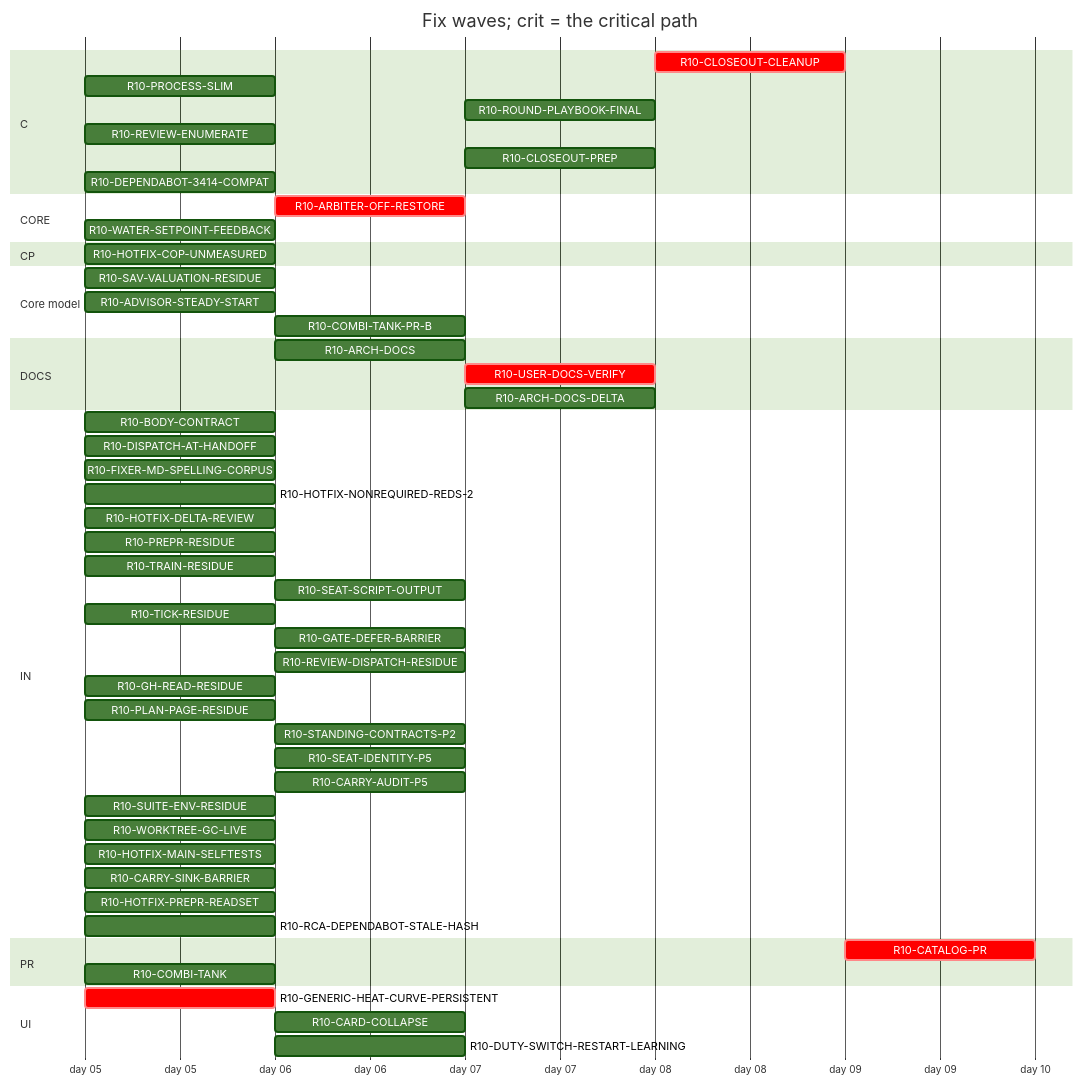
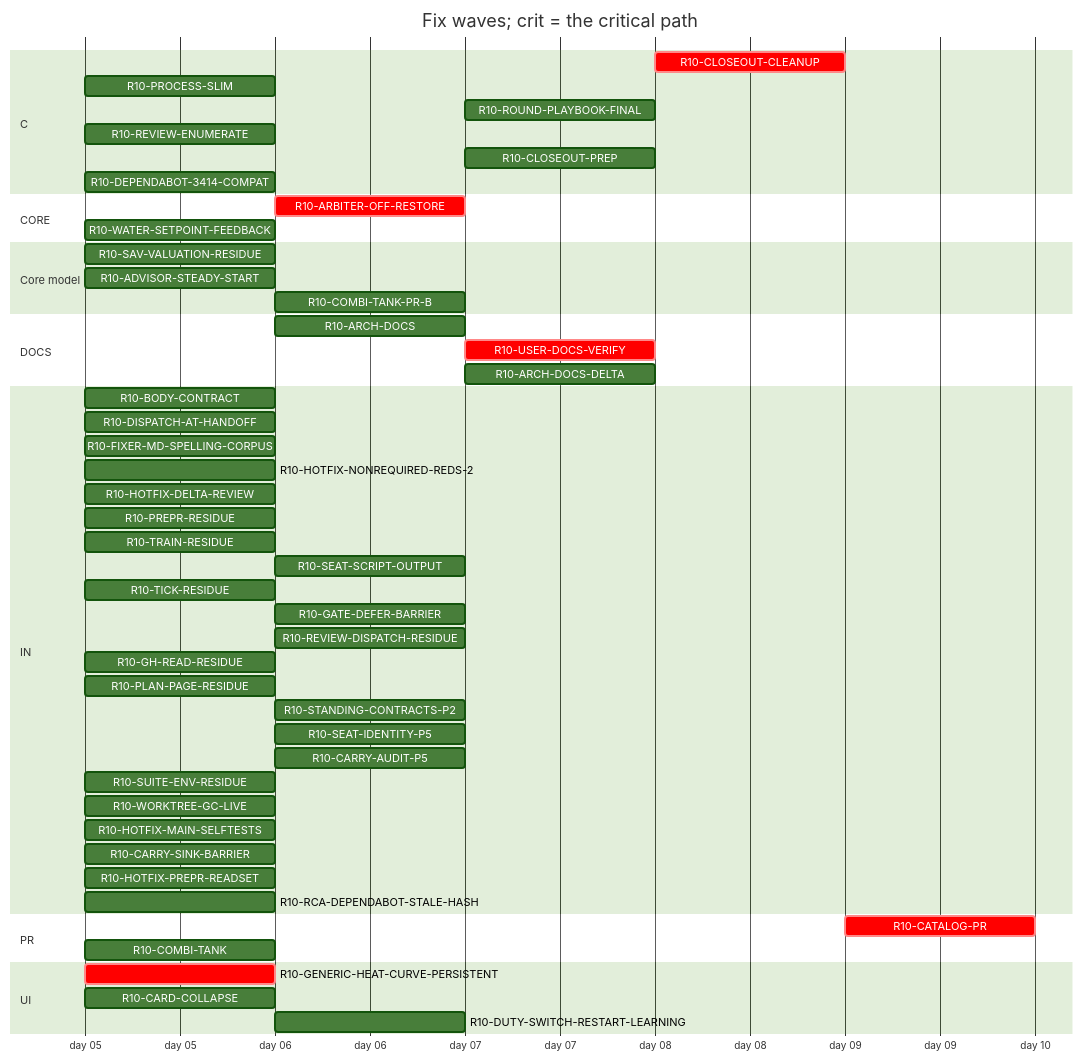
The diagram in handoff/round10/state/PLAN-TABLE.md (tvofi/heatpump_optimizer), drawn with Mermaid (forest theme) before and after one commit. The commit also changed other lines of this file and 3 other files, not shown here.

Commit message:
state: FLOW-BOARD.md, NEXT-SESSION-PROMPT.md, PLAN-TABLE.md, RESUME-CURRENT.md regenerated (state_docs.py)

````diff
--- a/handoff/round10/state/PLAN-TABLE.md
+++ b/handoff/round10/state/PLAN-TABLE.md
@@ -21,56 +20,54 @@
 ```mermaid
 gantt
   title Fix waves; crit = the critical path
   dateFormat YYYY-MM-DD
   axisFormat day %d
   section C
     R10-CLOSEOUT-CLEANUP :crit, r10CLOSEOUTCLEANUP, after r10ARCHDOCS r10USERDOCSVERIFY r10ROUNDPLAYBOOKFINAL r10CLOSEOUTPREP r10ARCHDOCSDELTA, 1d
     R10-PROCESS-SLIM :r10PROCESSSLIM, 2026-01-05, 1d
     R10-ROUND-PLAYBOOK-FINAL :r10ROUNDPLAYBOOKFINAL, after r10DISPATCHATHANDOFF r10BODYCONTRACT r10PROCESSSLIM r10FIXERMDSPELLINGCORPUS r10PREPRRESIDUE r10SEATSCRIPTOUTPUT r10REVIEWDISPATCHRESIDUE r10CARRYAUDITP5 r10TICKRESIDUE r10SEATIDENTITYP5 r10STANDINGCONTRACTSP2 r10PLANPAGERESIDUE r10TRAINRESIDUE r10GHREADRESIDUE r10SUITEENVRESIDUE r10GATEDEFERBARRIER r10WORKTREEGCLIVE, 1d
     R10-REVIEW-ENUMERATE :r10REVIEWENUMERATE, 2026-01-05, 1d
     R10-CLOSEOUT-PREP :r10CLOSEOUTPREP, after r10ARCHDOCS r10DISPATCHATHANDOFF r10BODYCONTRACT r10PROCESSSLIM r10FIXERMDSPELLINGCORPUS r10PREPRRESIDUE r10SEATSCRIPTOUTPUT r10REVIEWDISPATCHRESIDUE r10CARRYAUDITP5 r10TICKRESIDUE r10SEATIDENTITYP5 r10STANDINGCONTRACTSP2 r10PLANPAGERESIDUE r10TRAINRESIDUE r10GHREADRESIDUE r10SUITEENVRESIDUE r10GATEDEFERBARRIER r10WORKTREEGCLIVE, 1d
     R10-DEPENDABOT-3414-COMPAT :r10DEPENDABOT3414COMPAT, 2026-01-05, 1d
   section CORE
     R10-ARBITER-OFF-RESTORE :crit, r10ARBITEROFFRESTORE, after r10GENERICHEATCURVEPERSISTENT r10WATERSETPOINTFEEDBACK, 1d
     R10-WATER-SETPOINT-FEEDBACK :r10WATERSETPOINTFEEDBACK, 2026-01-05, 1d
-  section CP
-    R10-HOTFIX-COP-UNMEASURED :r10HOTFIXCOPUNMEASURED, 2026-01-05, 1d
   section Core model
     R10-SAV-VALUATION-RESIDUE :r10SAVVALUATIONRESIDUE, 2026-01-05, 1d
     R10-ADVISOR-STEADY-START :r10ADVISORSTEADYSTART, 2026-01-05, 1d
     R10-COMBI-TANK-PR-B :r10COMBITANKPRB, after r10COMBITANK, 1d
   section DOCS
     R10-ARCH-DOCS :r10ARCHDOCS, after r10DISPATCHATHANDOFF r10BODYCONTRACT r10PROCESSSLIM, 1d
-    R10-USER-DOCS-VERIFY :crit, r10USERDOCSVERIFY, after r10HOTFIXCOPUNMEASURED r10GENERICHEATCURVEPERSISTENT r10ARBITEROFFRESTORE r10COMBITANK, 1d
-    R10-ARCH-DOCS-DELTA :r10ARCHDOCSDELTA, after r10ARCHDOCS r10HOTFIXCOPUNMEASURED r10GENERICHEATCURVEPERSISTENT r10ARBITEROFFRESTORE r10COMBITANK r10SAVVALUATIONRESIDUE r10ADVISORSTEADYSTART r10COMBITANKPRB, 1d
+    R10-USER-DOCS-VERIFY :crit, r10USERDOCSVERIFY, after r10GENERICHEATCURVEPERSISTENT r10ARBITEROFFRESTORE r10COMBITANK, 1d
+    R10-ARCH-DOCS-DELTA :r10ARCHDOCSDELTA, after r10ARCHDOCS r10GENERICHEATCURVEPERSISTENT r10ARBITEROFFRESTORE r10COMBITANK r10SAVVALUATIONRESIDUE r10ADVISORSTEADYSTART r10COMBITANKPRB, 1d
   section IN
     R10-BODY-CONTRACT :r10BODYCONTRACT, 2026-01-05, 1d
     R10-DISPATCH-AT-HANDOFF :r10DISPATCHATHANDOFF, 2026-01-05, 1d
     R10-FIXER-MD-SPELLING-CORPUS :r10FIXERMDSPELLINGCORPUS, 2026-01-05, 1d
     R10-HOTFIX-NONREQUIRED-REDS-2 :r10HOTFIXNONREQUIREDREDS2, 2026-01-05, 1d
     R10-HOTFIX-DELTA-REVIEW :r10HOTFIXDELTAREVIEW, 2026-01-05, 1d
     R10-PREPR-RESIDUE :r10PREPRRESIDUE, 2026-01-05, 1d
     R10-TRAIN-RESIDUE :r10TRAINRESIDUE, 2026-01-05, 1d
     R10-SEAT-SCRIPT-OUTPUT :r10SEATSCRIPTOUTPUT, after r10TRAINRESIDUE, 1d
     R10-TICK-RESIDUE :r10TICKRESIDUE, 2026-01-05, 1d
     R10-GATE-DEFER-BARRIER :r10GATEDEFERBARRIER, after r10TRAINRESIDUE r10TICKRESIDUE, 1d
     R10-REVIEW-DISPATCH-RESIDUE :r10REVIEWDISPATCHRESIDUE, after r10DISPATCHATHANDOFF r10REVIEWENUMERATE r10HOTFIXDELTAREVIEW r10PROCESSSLIM, 1d
     R10-GH-READ-RESIDUE :r10GHREADRESIDUE, 2026-01-05, 1d
     R10-PLAN-PAGE-RESIDUE :r10PLANPAGERESIDUE, 2026-01-05, 1d
     R10-STANDING-CONTRACTS-P2 :r10STANDINGCONTRACTSP2, after r10FIXERMDSPELLINGCORPUS, 1d
     R10-SEAT-IDENTITY-P5 :r10SEATIDENTITYP5, after r10TICKRESIDUE, 1d
     R10-CARRY-AUDIT-P5 :r10CARRYAUDITP5, after r10BODYCONTRACT, 1d
     R10-SUITE-ENV-RESIDUE :r10SUITEENVRESIDUE, 2026-01-05, 1d
     R10-WORKTREE-GC-LIVE :r10WORKTREEGCLIVE, 2026-01-05, 1d
     R10-HOTFIX-MAIN-SELFTESTS :r10HOTFIXMAINSELFTESTS, 2026-01-05, 1d
     R10-CARRY-SINK-BARRIER :r10CARRYSINKBARRIER, 2026-01-05, 1d
     R10-HOTFIX-PREPR-READSET :r10HOTFIXPREPRREADSET, 2026-01-05, 1d
     R10-RCA-DEPENDABOT-STALE-HASH :r10RCADEPENDABOTSTALEHASH, 2026-01-05, 1d
   section PR
     R10-CATALOG-PR :crit, r10CATALOGPR, after r10USERDOCSVERIFY r10ARCHDOCS r10ROUNDPLAYBOOKFINAL r10CLOSEOUTCLEANUP r10CLOSEOUTPREP r10ARCHDOCSDELTA, 1d
     R10-COMBI-TANK :r10COMBITANK, 2026-01-05, 1d
   section UI
     R10-GENERIC-HEAT-CURVE-PERSISTENT :crit, r10GENERICHEATCURVEPERSISTENT, 2026-01-05, 1d
-    R10-CARD-COLLAPSE :r10CARDCOLLAPSE, after r10HOTFIXCOPUNMEASURED, 1d
+    R10-CARD-COLLAPSE :r10CARDCOLLAPSE, 2026-01-05, 1d
     R10-DUTY-SWITCH-RESTART-LEARNING :r10DUTYSWITCHRESTARTLEARNING, after r10WATERSETPOINTFEEDBACK, 1d
 ```
````
